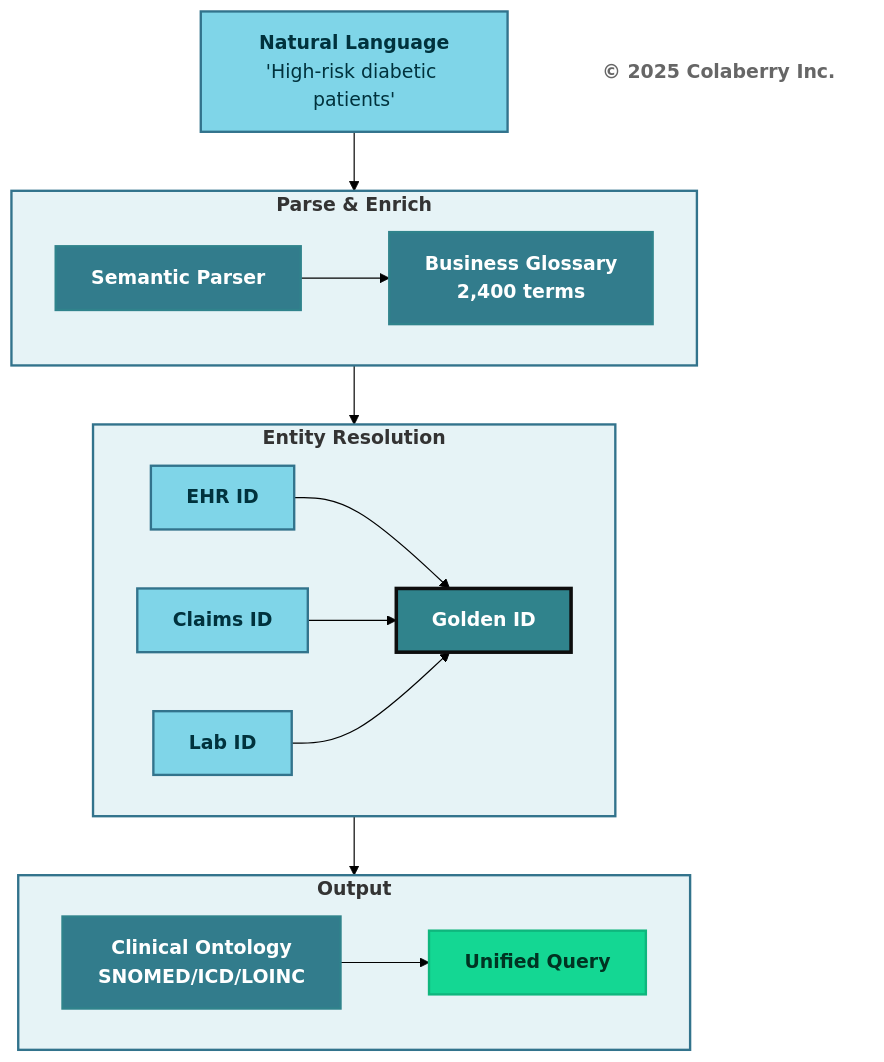
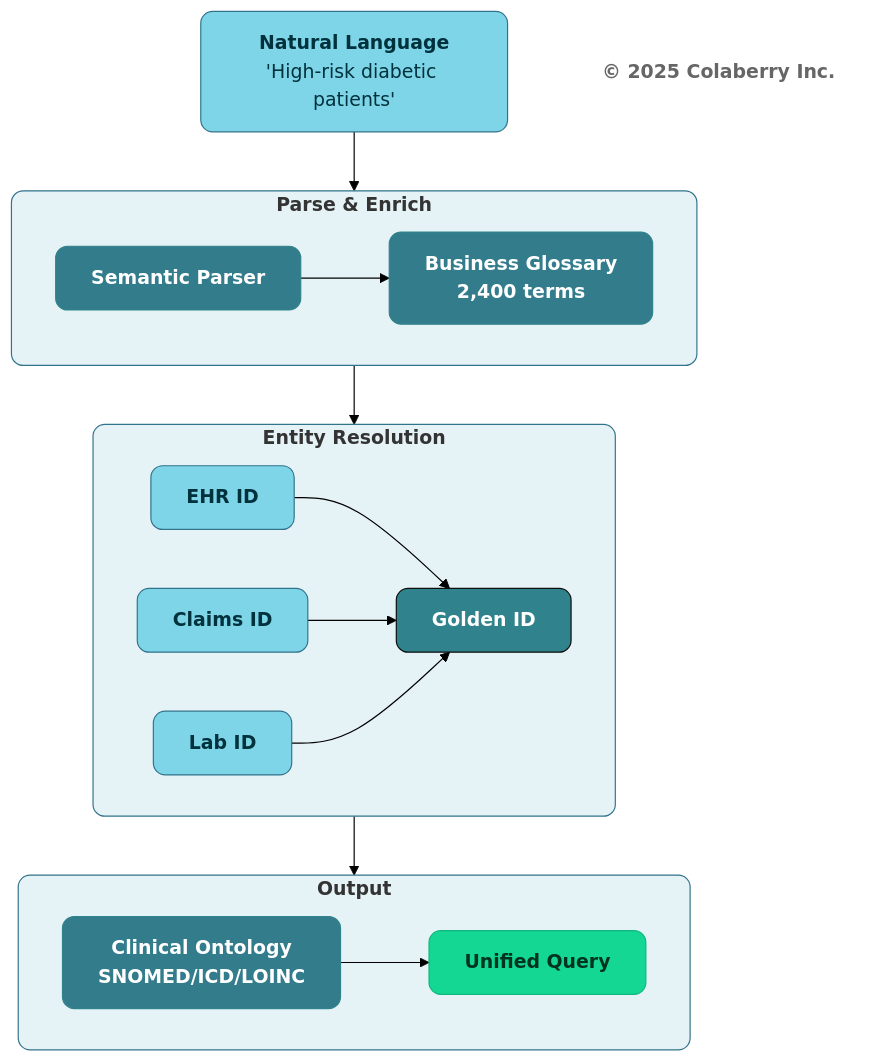
Before and after one commit to colaberry/trust-before-intelligence-book: the fifth of 13 diagrams in manuscript/06_chapter_5_intelligence_layers.md, drawn with Mermaid (forest theme). The commit also changed other lines of this file and 12 other files, not shown here.

````diff
--- a/manuscript/06_chapter_5_intelligence_layers.md
+++ b/manuscript/06_chapter_5_intelligence_layers.md
@@ -336,45 +336,45 @@
 ```mermaid
 flowchart TB
     NL["<b>Natural Language</b><br/>'High-risk diabetic patients'"]
     
     subgraph PARSE_ROW["<b>Parse & Enrich</b>"]
         direction LR
         PARSE["<b>Semantic Parser</b>"] --> GLOSS["<b>Business Glossary</b><br/><b>2,400 terms</b>"]
     end
     
     subgraph RESOLVE_ROW["<b>Entity Resolution</b>"]
         direction LR
         E1["<b>EHR ID</b>"] --> GOLD["<b>Golden ID</b>"]
         E2["<b>Claims ID</b>"] --> GOLD
         E3["<b>Lab ID</b>"] --> GOLD
     end
     
     subgraph OUTPUT_ROW["<b>Output</b>"]
         direction LR
         ONTO["<b>Clinical Ontology</b><br/><b>SNOMED/ICD/LOINC</b>"] --> RESULT["<b>Unified Query</b>"]
     end
     
     NL --> PARSE_ROW
     PARSE_ROW --> RESOLVE_ROW
     RESOLVE_ROW --> OUTPUT_ROW
     
     Copyright["<b>© 2025 Colaberry Inc.</b>"]
     
-    style NL fill:#7FD5E8,stroke:#32738C,stroke-width:2px,color:#00323D
+    style NL fill:#7FD5E8,stroke:#32738C,stroke-width:1px,color:#00323D,rx:10,ry:10
     
-    style PARSE_ROW fill:#E6F3F6,stroke:#32738C,stroke-width:2px
-    style PARSE fill:#327C8C,stroke:#30838C,stroke-width:2px,color:#ffffff
-    style GLOSS fill:#327C8C,stroke:#30838C,stroke-width:2px,color:#ffffff
+    style PARSE_ROW fill:#E6F3F6,stroke:#32738C,stroke-width:1px,rx:10,ry:10
+    style PARSE fill:#327C8C,stroke:#30838C,stroke-width:1px,color:#ffffff,rx:10,ry:10
+    style GLOSS fill:#327C8C,stroke:#30838C,stroke-width:1px,color:#ffffff,rx:10,ry:10
     
-    style RESOLVE_ROW fill:#E6F3F6,stroke:#32738C,stroke-width:2px
-    style E1 fill:#7FD5E8,stroke:#32738C,stroke-width:2px,color:#00323D
-    style E2 fill:#7FD5E8,stroke:#32738C,stroke-width:2px,color:#00323D
-    style E3 fill:#7FD5E8,stroke:#32738C,stroke-width:2px,color:#00323D
-    style GOLD fill:#30838C,color:#ffffff,stroke:#0D0D0D,stroke-width:3px
+    style RESOLVE_ROW fill:#E6F3F6,stroke:#32738C,stroke-width:1px,rx:10,ry:10
+    style E1 fill:#7FD5E8,stroke:#32738C,stroke-width:1px,color:#00323D,rx:10,ry:10
+    style E2 fill:#7FD5E8,stroke:#32738C,stroke-width:1px,color:#00323D,rx:10,ry:10
+    style E3 fill:#7FD5E8,stroke:#32738C,stroke-width:1px,color:#00323D,rx:10,ry:10
+    style GOLD fill:#30838C,color:#ffffff,stroke:#0D0D0D,stroke-width:1px,rx:10,ry:10
     
-    style OUTPUT_ROW fill:#E6F3F6,stroke:#32738C,stroke-width:2px
-    style ONTO fill:#327C8C,stroke:#30838C,stroke-width:2px,color:#ffffff
-    style RESULT fill:#14D793,color:#003322,stroke:#0FB67D,stroke-width:2px
+    style OUTPUT_ROW fill:#E6F3F6,stroke:#32738C,stroke-width:1px,rx:10,ry:10
+    style ONTO fill:#327C8C,stroke:#30838C,stroke-width:1px,color:#ffffff,rx:10,ry:10
+    style RESULT fill:#14D793,color:#003322,stroke:#0FB67D,stroke-width:1px,rx:10,ry:10
     
-    style Copyright fill:#ffffff,stroke:none,color:#666666
+    style Copyright fill:none,stroke:none,color:#666666
 ```
````
